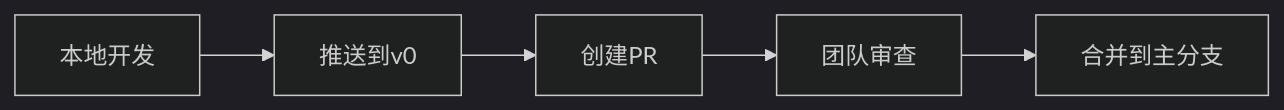
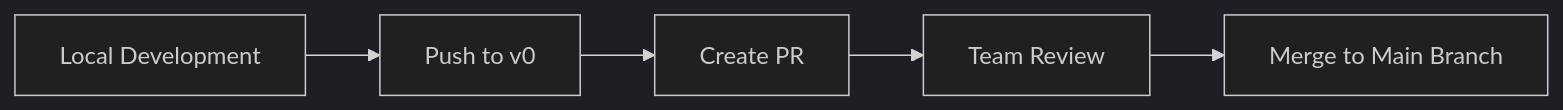
Before and after one commit to ChanMeng666/ai-programming-teaching-project: the diagram in versioned_docs/version-2024-winter/tools/workflow-integration.mdx, drawn with Mermaid (dark theme). The commit also changed other lines of this file and 472 other files, not shown here.

````diff
--- a/versioned_docs/version-2024-winter/tools/workflow-integration.mdx
+++ b/versioned_docs/version-2024-winter/tools/workflow-integration.mdx
@@ -113,7 +113,7 @@
 ```mermaid
 graph LR
-    A[本地开发] --> B[推送到v0]
-    B --> C[创建PR]
-    C --> D[团队审查]
-    D --> E[合并到主分支]
+    A[Local Development] --> B[Push to v0]
+    B --> C[Create PR]
+    C --> D[Team Review]
+    D --> E[Merge to Main Branch]
 ```
````
